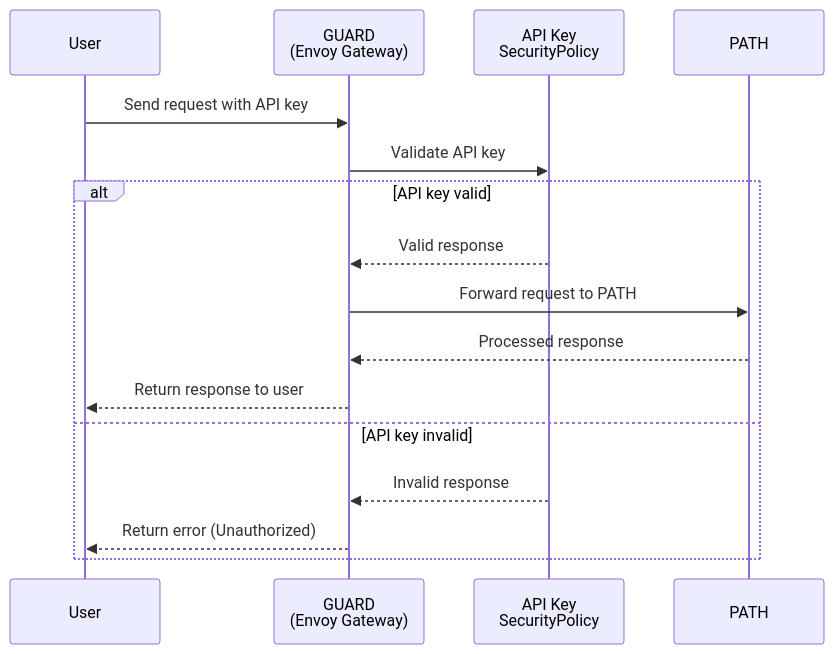
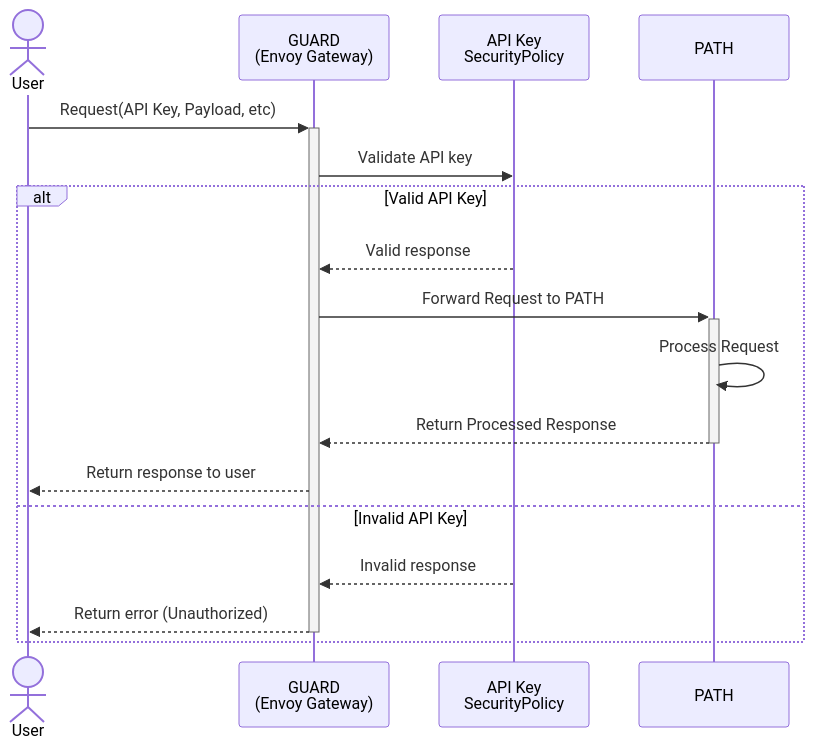
The diagram in charts/guard/docs/authentication.md (buildwithgrove/helm-charts), drawn with Mermaid before and after one commit. The commit also changed other lines of this file and 3 other files, not shown here.

````diff
--- a/charts/guard/docs/authentication.md
+++ b/charts/guard/docs/authentication.md
@@ -22,19 +29,20 @@
 ```mermaid
 sequenceDiagram
-    participant U as User
+    actor U as User
     participant G as GUARD<br/>(Envoy Gateway)
     participant A as API Key<br/>SecurityPolicy
     participant P as PATH
 
-    U->>G: Send request with API key
+    U->>+G: Request(API Key, Payload, etc)
     G->>A: Validate API key
-    alt API key valid
+    alt Valid API Key
         A-->>G: Valid response
-        G->>P: Forward request to PATH
-        P-->>G: Processed response
+        G->>+P: Forward Request to PATH
+        P->>P: Process Request
+        P-->>-G: Return Processed Response
         G-->>U: Return response to user
-    else API key invalid
+    else Invalid API Key
         A-->>G: Invalid response
-        G-->>U: Return error (Unauthorized)
+        G-->>-U: Return error (Unauthorized)
     end
 ```
````
